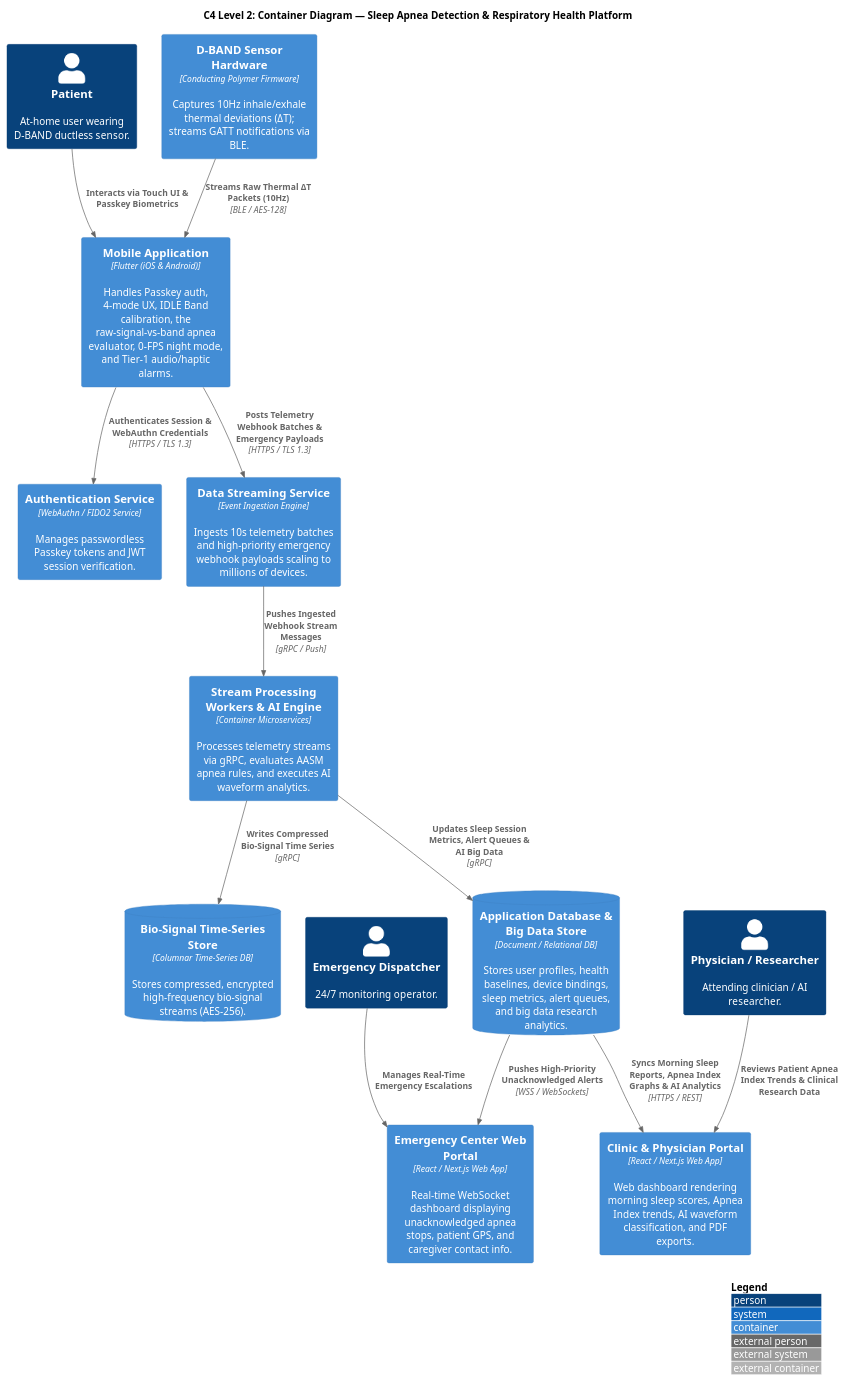
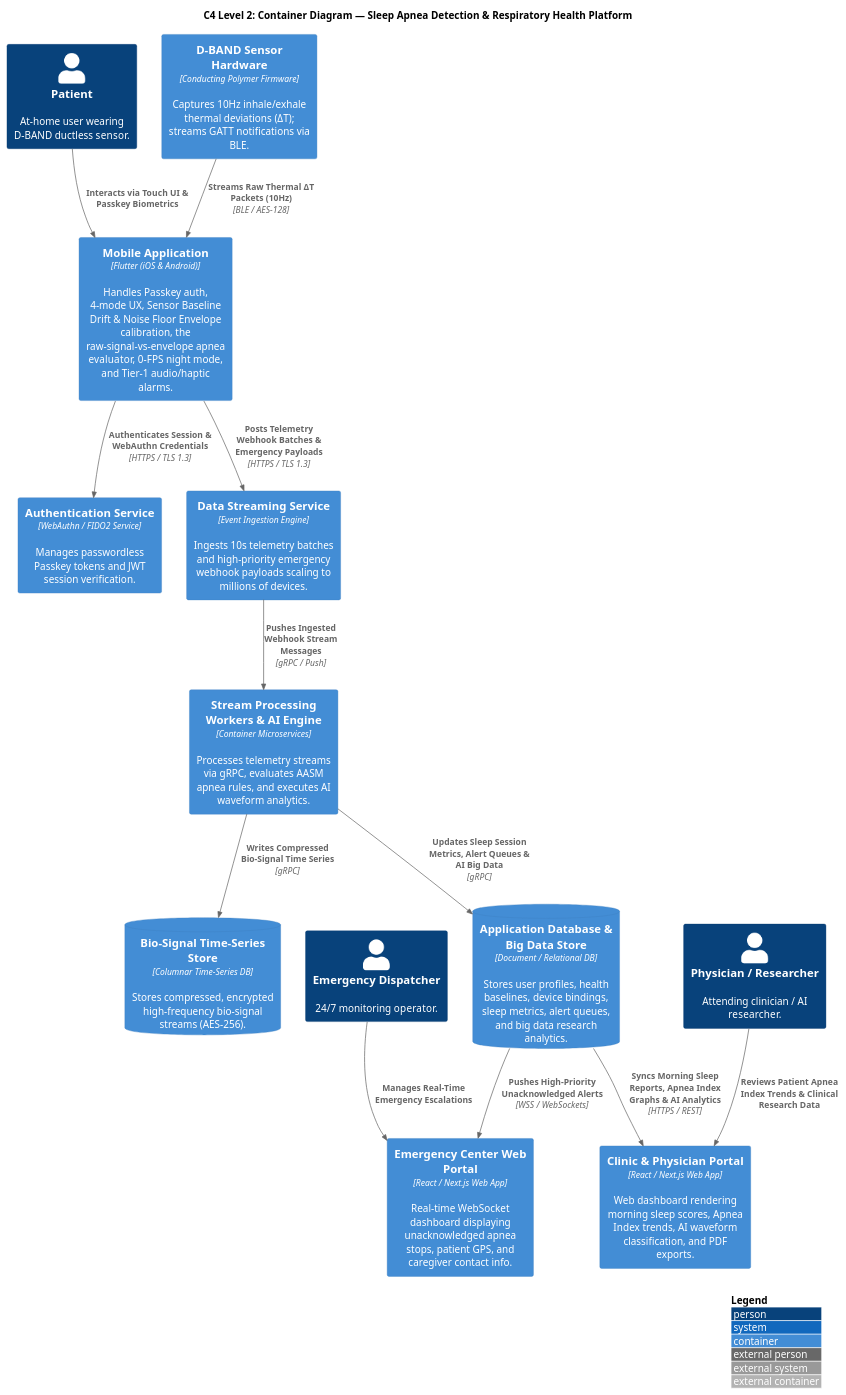
One commit to reidlai/masker-app changed the second of 14 diagrams in _bmad-output/architecture/ARCHITECTURE-SPINE.md. Above: the diagram before and after it, drawn with PlantUML. The commit also changed other lines of this file and 50 other files, not shown here.

````diff
--- a/_bmad-output/architecture/ARCHITECTURE-SPINE.md
+++ b/_bmad-output/architecture/ARCHITECTURE-SPINE.md
@@ -107,44 +111,44 @@
 ```plantuml
 @startuml C4_Level2_Container_Diagram
-!include https://raw.githubusercontent.com/plantuml-stdlib/C4-PlantUML/master/C4_Container.puml
+!include <C4/C4_Container>
 
 LAYOUT_WITH_LEGEND()
 
 title C4 Level 2: Container Diagram — Sleep Apnea Detection & Respiratory Health Platform
 
 Person(patient, "Patient", "At-home user wearing D-BAND ductless sensor.")
 Person(dispatcher, "Emergency Dispatcher", "24/7 monitoring operator.")
 Person(doctor, "Physician / Researcher", "Attending clinician / AI researcher.")
 
 Container(hardware, "D-BAND Sensor Hardware", "Conducting Polymer Firmware", "Captures 10Hz inhale/exhale thermal deviations (ΔT); streams GATT notifications via BLE.")
 
-Container(mobile_app, "Mobile Application", "Flutter (iOS & Android)", "Handles Passkey auth, 4-mode UX, IDLE Band calibration, the raw-signal-vs-band apnea evaluator, 0-FPS night mode, and Tier-1 audio/haptic alarms.")
+Container(mobile_app, "Mobile Application", "Flutter (iOS & Android)", "Handles Passkey auth, 4-mode UX, Sensor Baseline Drift & Noise Floor Envelope calibration, the raw-signal-vs-envelope apnea evaluator, 0-FPS night mode, and Tier-1 audio/haptic alarms.")
 
 Container(auth_service, "Authentication Service", "WebAuthn / FIDO2 Service", "Manages passwordless Passkey tokens and JWT session verification.")
 
 Container(data_streaming, "Data Streaming Service", "Event Ingestion Engine", "Ingests 10s telemetry batches and high-priority emergency webhook payloads scaling to millions of devices.")
 
 Container(stream_workers, "Stream Processing Workers & AI Engine", "Container Microservices", "Processes telemetry streams via gRPC, evaluates AASM apnea rules, and executes AI waveform analytics.")
 
 ContainerDb(timeseries_db, "Bio-Signal Time-Series Store", "Columnar Time-Series DB", "Stores compressed, encrypted high-frequency bio-signal streams (AES-256).")
 
 ContainerDb(app_db, "Application Database & Big Data Store", "Document / Relational DB", "Stores user profiles, health baselines, device bindings, sleep metrics, alert queues, and big data research analytics.")
 
 Container(command_portal, "Emergency Center Web Portal", "React / Next.js Web App", "Real-time WebSocket dashboard displaying unacknowledged apnea stops, patient GPS, and caregiver contact info.")
 
 Container(clinic_portal, "Clinic & Physician Portal", "React / Next.js Web App", "Web dashboard rendering morning sleep scores, Apnea Index trends, AI waveform classification, and PDF exports.")
 
 Rel(hardware, mobile_app, "Streams Raw Thermal ΔT Packets (10Hz)", "BLE / AES-128")
 Rel(patient, mobile_app, "Interacts via Touch UI & Passkey Biometrics")
 Rel(mobile_app, auth_service, "Authenticates Session & WebAuthn Credentials", "HTTPS / TLS 1.3")
 Rel(mobile_app, data_streaming, "Posts Telemetry Webhook Batches & Emergency Payloads", "HTTPS / TLS 1.3")
 Rel(data_streaming, stream_workers, "Pushes Ingested Webhook Stream Messages", "gRPC / Push")
 Rel(stream_workers, timeseries_db, "Writes Compressed Bio-Signal Time Series", "gRPC")
 Rel(stream_workers, app_db, "Updates Sleep Session Metrics, Alert Queues & AI Big Data", "gRPC")
 Rel(app_db, command_portal, "Pushes High-Priority Unacknowledged Alerts", "WSS / WebSockets")
 Rel(app_db, clinic_portal, "Syncs Morning Sleep Reports, Apnea Index Graphs & AI Analytics", "HTTPS / REST")
 Rel(dispatcher, command_portal, "Manages Real-Time Emergency Escalations")
 Rel(doctor, clinic_portal, "Reviews Patient Apnea Index Trends & Clinical Research Data")
 
 @enduml
 ```
````
